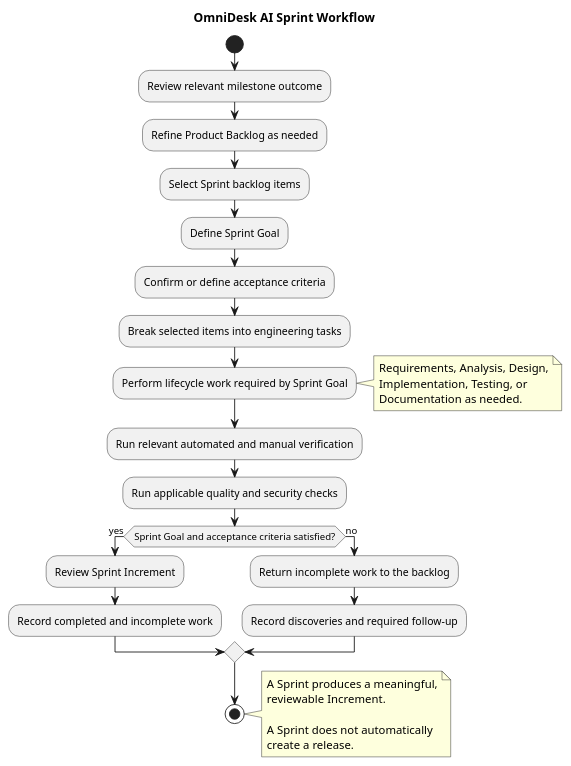
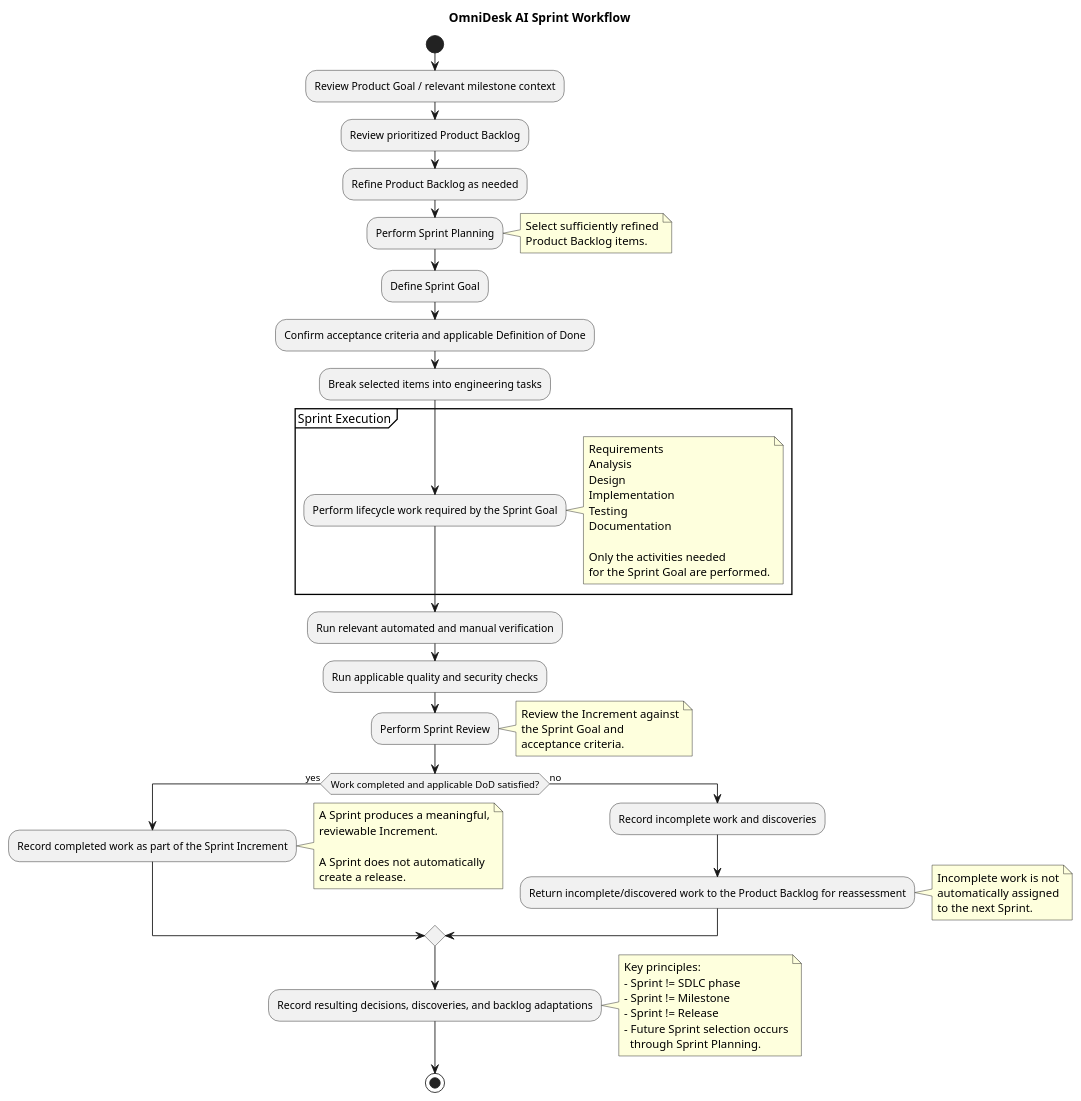
One commit to Farhad-Valizadegan/Web-OmniDesk changed the diagram in docs/Project-Management/diagrams/sprint-workflow.puml. Above: the diagram before and after it, drawn with PlantUML.

Commit message:
docs: align PlantUML sprint workflow with rendered diagram

```diff
--- a/docs/Project-Management/diagrams/sprint-workflow.puml
+++ b/docs/Project-Management/diagrams/sprint-workflow.puml
@@ -1,39 +1,75 @@
 @startuml
 title OmniDesk AI Sprint Workflow
 
 start
 
-:Review relevant milestone outcome;
+:Review Product Goal / relevant milestone context;
+:Review prioritized Product Backlog;
 :Refine Product Backlog as needed;
-:Select Sprint backlog items;
+:Perform Sprint Planning;
+note right
+Select sufficiently refined
+Product Backlog items.
+end note
+
 :Define Sprint Goal;
-:Confirm or define acceptance criteria;
+:Confirm acceptance criteria and applicable Definition of Done;
 :Break selected items into engineering tasks;
-:Perform lifecycle work required by Sprint Goal;
-note right
-Requirements, Analysis, Design,
-Implementation, Testing, or
-Documentation as needed.
-end note
+
+partition "Sprint Execution" {
+  :Perform lifecycle work required by the Sprint Goal;
+  note right
+  Requirements
+  Analysis
+  Design
+  Implementation
+  Testing
+  Documentation
+
+  Only the activities needed
+  for the Sprint Goal are performed.
+  end note
+}
+
 :Run relevant automated and manual verification;
 :Run applicable quality and security checks;
+:Perform Sprint Review;
+note right
+Review the Increment against
+the Sprint Goal and
+acceptance criteria.
+end note
 
-if (Sprint Goal and acceptance criteria satisfied?) then (yes)
-  :Review Sprint Increment;
-  :Record completed and incomplete work;
+if (Work completed and applicable DoD satisfied?) then (yes)
+  :Record completed work as part of the Sprint Increment;
+  note right
+  A Sprint produces a meaningful,
+  reviewable Increment.
+
+  A Sprint does not automatically
+  create a release.
+  end note
 else (no)
-  :Return incomplete work to the backlog;
-  :Record discoveries and required follow-up;
+  :Record incomplete work and discoveries;
+  :Return incomplete/discovered work to the Product Backlog for reassessment;
+  note right
+  Incomplete work is not
+  automatically assigned
+  to the next Sprint.
+  end note
 endif
+
+:Record resulting decisions, discoveries, and backlog adaptations;
+
+note right
+Key principles:
+- Sprint != SDLC phase
+- Sprint != Milestone
+- Sprint != Release
+- Future Sprint selection occurs
+  through Sprint Planning.
+end note
 
 stop
 
-note right
-A Sprint produces a meaningful,
-reviewable Increment.
-
-A Sprint does not automatically
-create a release.
-end note
-
 @enduml
```
